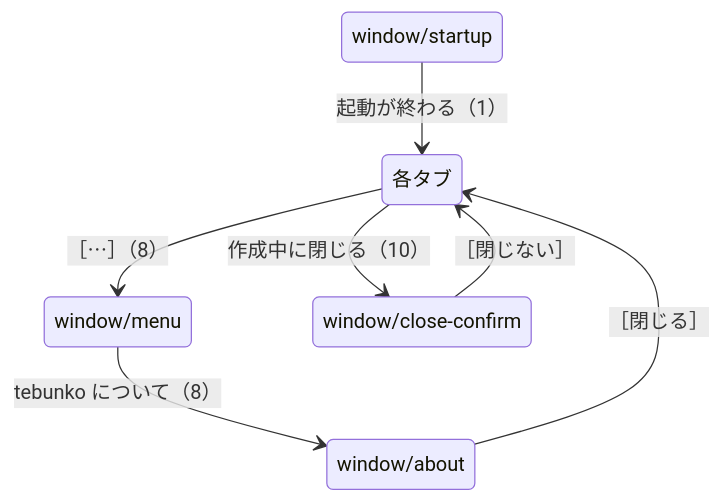
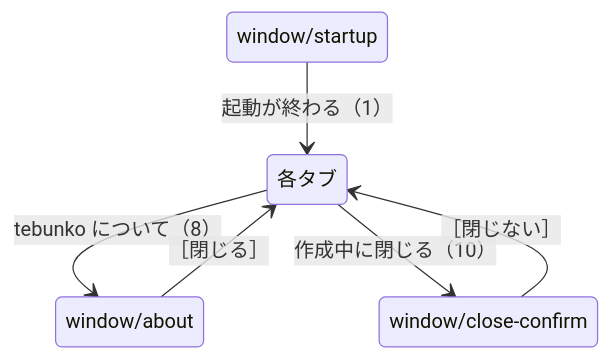
The diagram in docs/design/gui/screens/window.md (hsgwa/tebunko), drawn with Mermaid before and after one commit. The commit also changed other lines of this file and 35 other files, not shown here.

````diff
--- a/docs/design/gui/screens/window.md
+++ b/docs/design/gui/screens/window.md
@@ -17,14 +16,12 @@
 ```mermaid
 stateDiagram-v2
     state "window/startup" as startup
     state "各タブ" as tabs
-    state "window/menu" as menu
     state "window/about" as about
     state "window/close-confirm" as close
     startup --> tabs: 起動が終わる（1）
-    tabs --> menu: ［⋯］（8）
-    menu --> about: tebunko について（8）
+    tabs --> about: tebunko について（8）
     about --> tabs: ［閉じる］
     tabs --> close: 作成中に閉じる（10）
     close --> tabs: ［閉じない］
 ```
````
